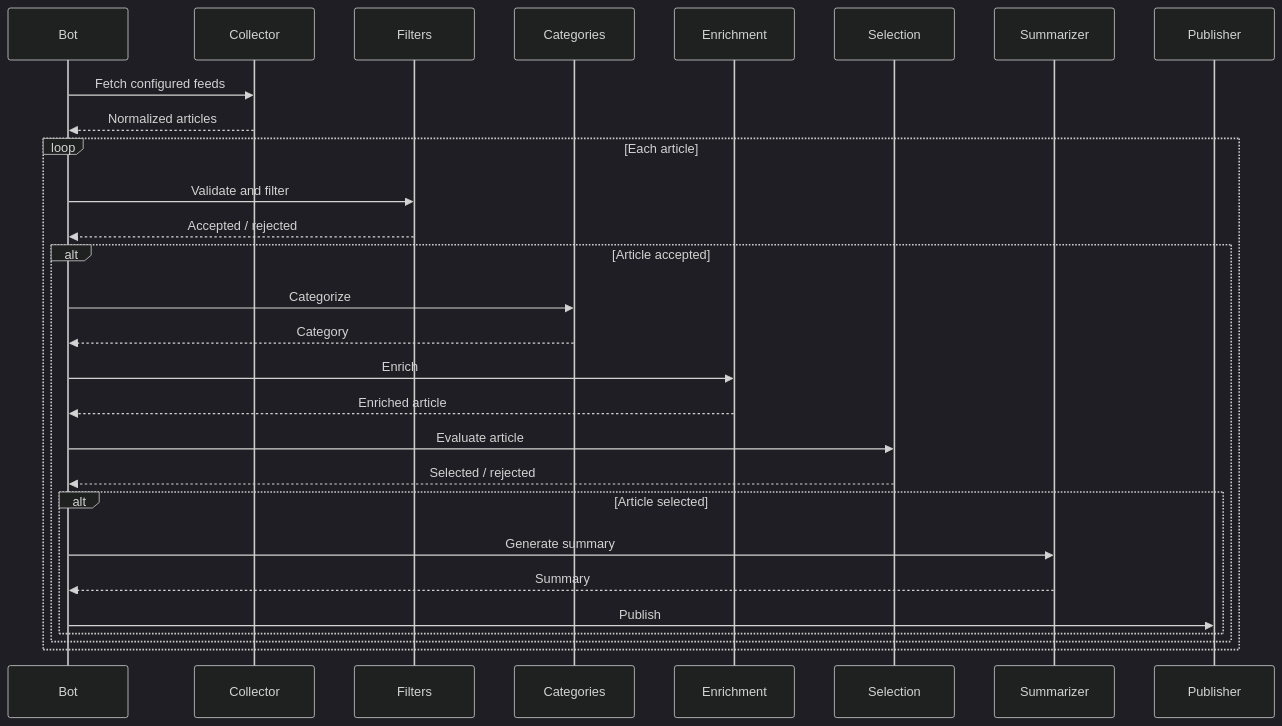
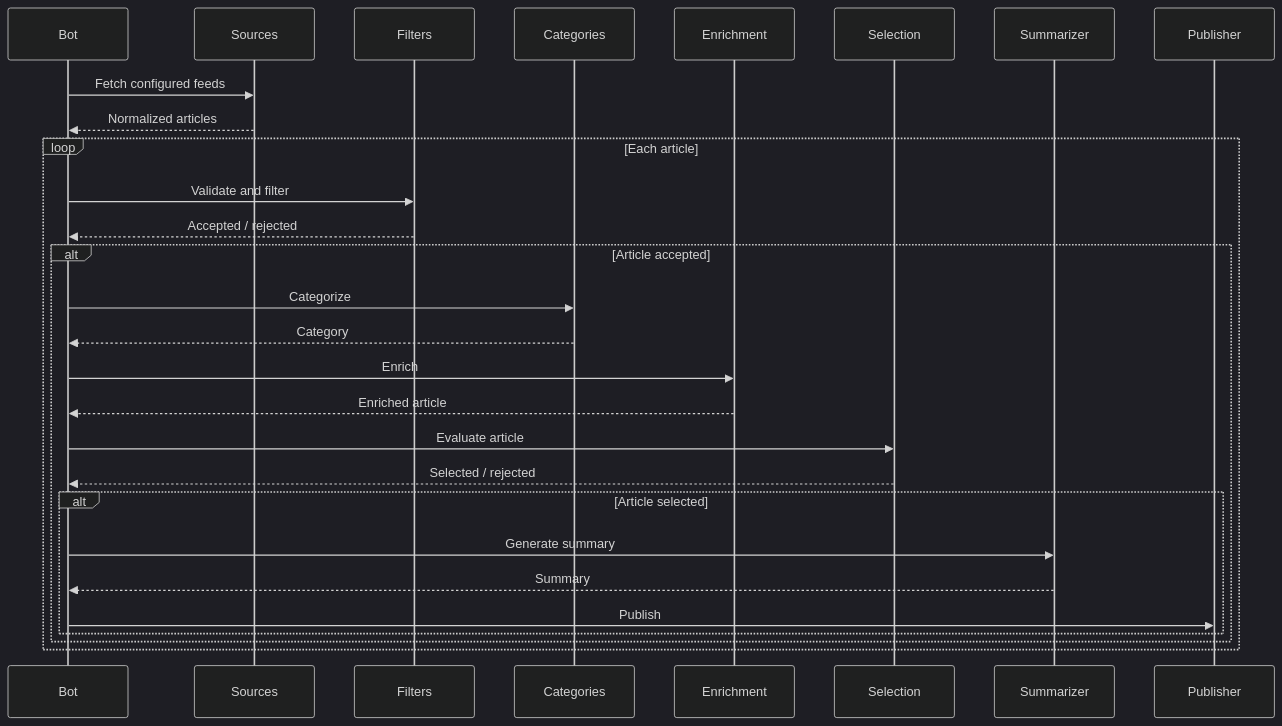
The second of 4 diagrams in docs/ARCHITECTURE.md (Gemukii/CyberWatch), drawn with Mermaid (dark theme) before and after one commit. The commit also changed other lines of this file and 22 other files, not shown here.

````diff
--- a/docs/ARCHITECTURE.md
+++ b/docs/ARCHITECTURE.md
@@ -70,36 +70,36 @@
 ```mermaid
 sequenceDiagram
     participant B as Bot
-    participant C as Collector
+    participant C as Sources
     participant F as Filters
     participant CA as Categories
     participant E as Enrichment
     participant S as Selection
     participant SU as Summarizer
     participant P as Publisher
 
     B->>C: Fetch configured feeds
     C-->>B: Normalized articles
 
     loop Each article
         B->>F: Validate and filter
         F-->>B: Accepted / rejected
 
         alt Article accepted
             B->>CA: Categorize
             CA-->>B: Category
 
             B->>E: Enrich
             E-->>B: Enriched article
 
             B->>S: Evaluate article
             S-->>B: Selected / rejected
 
             alt Article selected
                 B->>SU: Generate summary
                 SU-->>B: Summary
                 B->>P: Publish
             end
         end
     end
 ```
````
